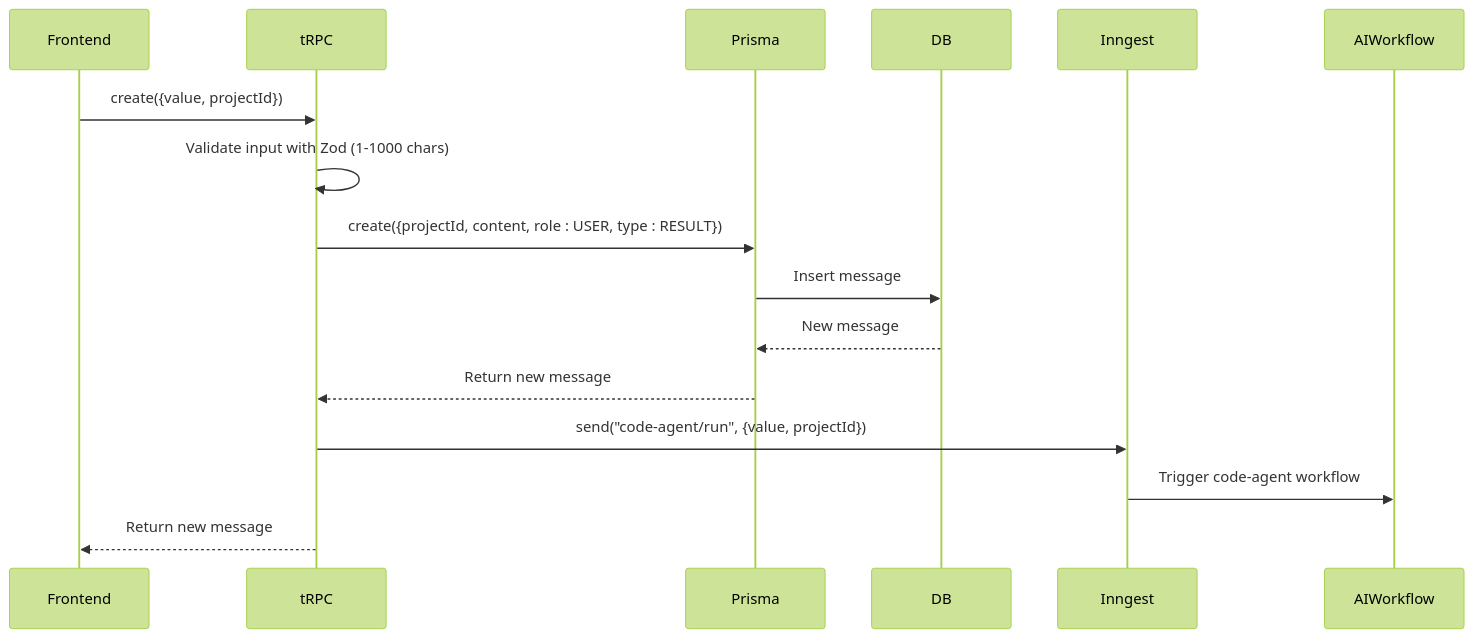
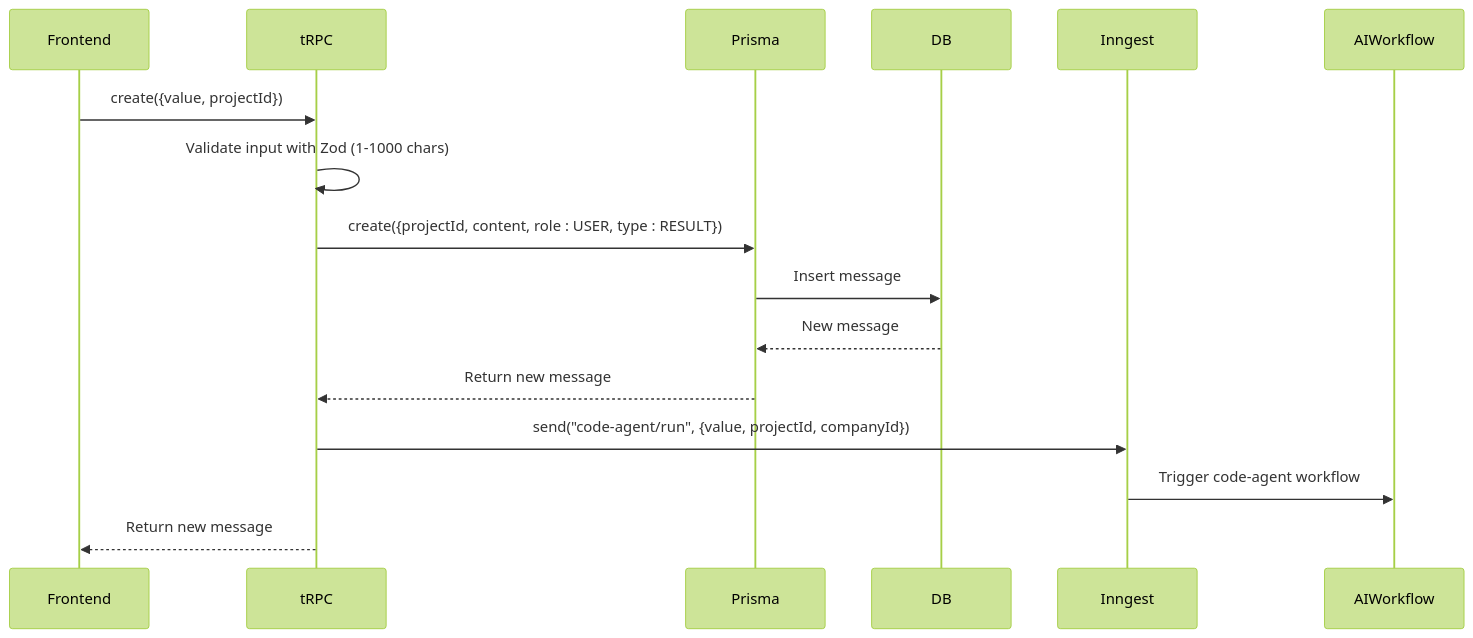
The fourth of 9 diagrams in .qoder/repowiki/en/content/API Reference/tRPC Procedures/Messages Router/Messages Router.md (roisulimani/qai), drawn with Mermaid (forest theme) before and after one commit. The commit also changed other lines of this file and 5 other files, not shown here.

````diff
--- a/.qoder/repowiki/en/content/API Reference/tRPC Procedures/Messages Router/Messages Router.md
+++ b/.qoder/repowiki/en/content/API Reference/tRPC Procedures/Messages Router/Messages Router.md
@@ -130,18 +149,18 @@
 ```mermaid
 sequenceDiagram
 participant Frontend
 participant tRPC
 participant Prisma
 participant DB
 participant Inngest
 participant AIWorkflow
 Frontend->>tRPC : create({value, projectId})
 tRPC->>tRPC : Validate input with Zod (1-1000 chars)
 tRPC->>Prisma : create({projectId, content, role : USER, type : RESULT})
 Prisma->>DB : Insert message
 DB-->>Prisma : New message
 Prisma-->>tRPC : Return new message
-tRPC->>Inngest : send("code-agent/run", {value, projectId})
+tRPC->>Inngest : send("code-agent/run", {value, projectId, companyId})
 Inngest->>AIWorkflow : Trigger code-agent workflow
 tRPC-->>Frontend : Return new message
 ```
````
